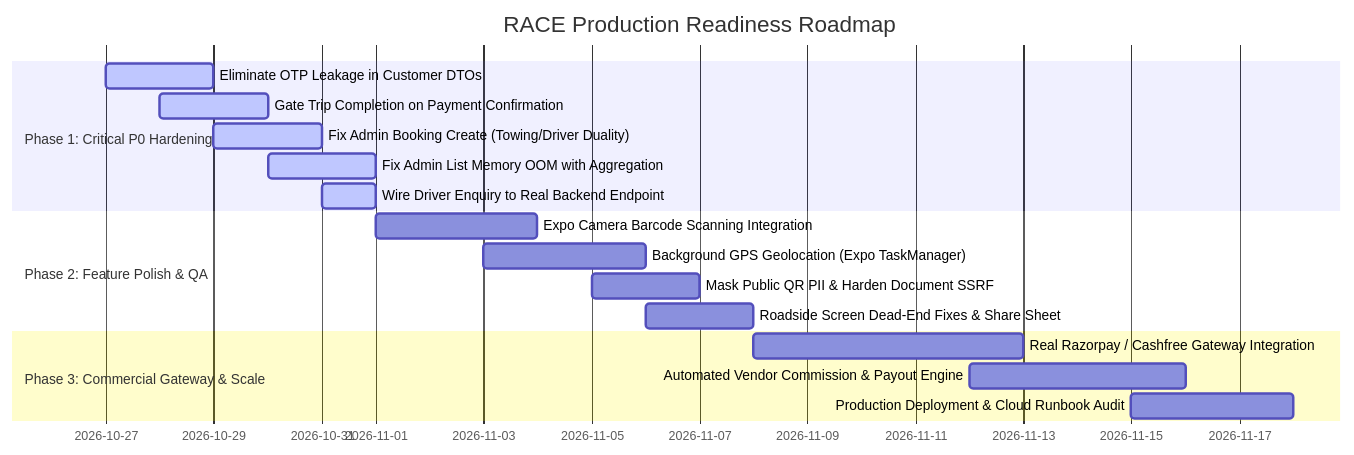
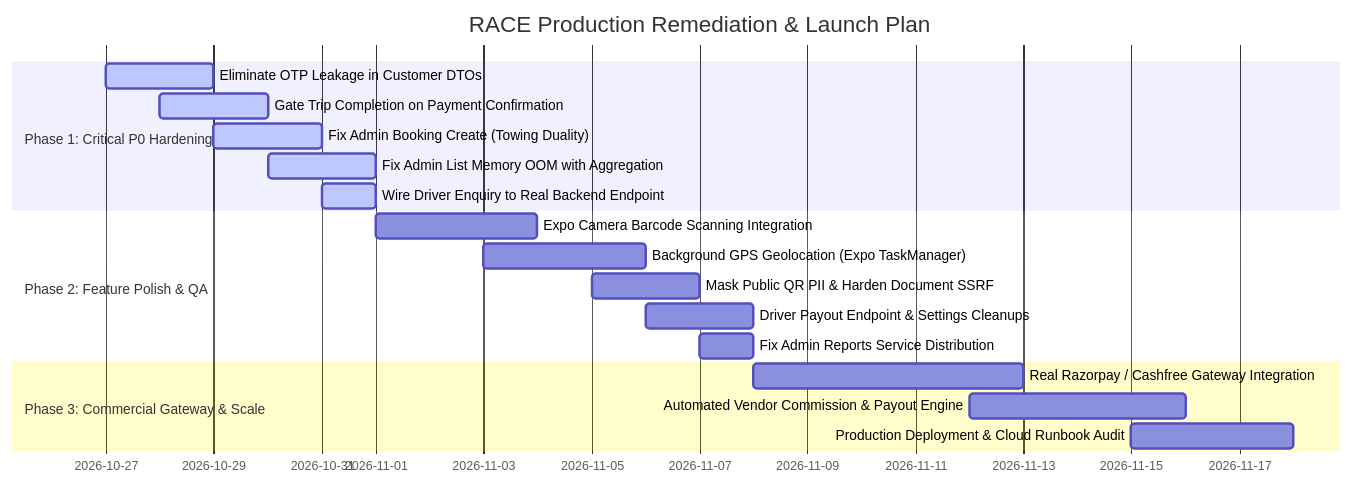
The second of 2 diagrams in docs/audit/RACE_PLATFORM_360_MASTER_AUDIT_REPORT.md (baythe19/RACE), drawn with Mermaid before and after one commit. The commit also changed other lines of this file and 9 other files, not shown here.

````diff
--- a/docs/audit/RACE_PLATFORM_360_MASTER_AUDIT_REPORT.md
+++ b/docs/audit/RACE_PLATFORM_360_MASTER_AUDIT_REPORT.md
@@ -341,20 +655,21 @@
 ```mermaid
 gantt
-    title RACE Production Readiness Roadmap
+    title RACE Production Remediation & Launch Plan
     dateFormat  YYYY-MM-DD
     section Phase 1: Critical P0 Hardening
     Eliminate OTP Leakage in Customer DTOs        :active, p1_1, 2026-10-27, 2d
     Gate Trip Completion on Payment Confirmation :active, p1_2, 2026-10-28, 2d
-    Fix Admin Booking Create (Towing/Driver Duality):active, p1_3, 2026-10-29, 2d
+    Fix Admin Booking Create (Towing Duality)    :active, p1_3, 2026-10-29, 2d
     Fix Admin List Memory OOM with Aggregation   :active, p1_4, 2026-10-30, 2d
     Wire Driver Enquiry to Real Backend Endpoint :active, p1_5, 2026-10-31, 1d
     section Phase 2: Feature Polish & QA
     Expo Camera Barcode Scanning Integration     :p2_1, 2026-11-01, 3d
     Background GPS Geolocation (Expo TaskManager):p2_2, 2026-11-03, 3d
     Mask Public QR PII & Harden Document SSRF    :p2_3, 2026-11-05, 2d
-    Roadside Screen Dead-End Fixes & Share Sheet :p2_4, 2026-11-06, 2d
+    Driver Payout Endpoint & Settings Cleanups   :p2_4, 2026-11-06, 2d
+    Fix Admin Reports Service Distribution       :p2_5, 2026-11-07, 1d
     section Phase 3: Commercial Gateway & Scale
     Real Razorpay / Cashfree Gateway Integration :p3_1, 2026-11-08, 5d
     Automated Vendor Commission & Payout Engine  :p3_2, 2026-11-12, 4d
     Production Deployment & Cloud Runbook Audit  :p3_3, 2026-11-15, 3d
 ```
````
